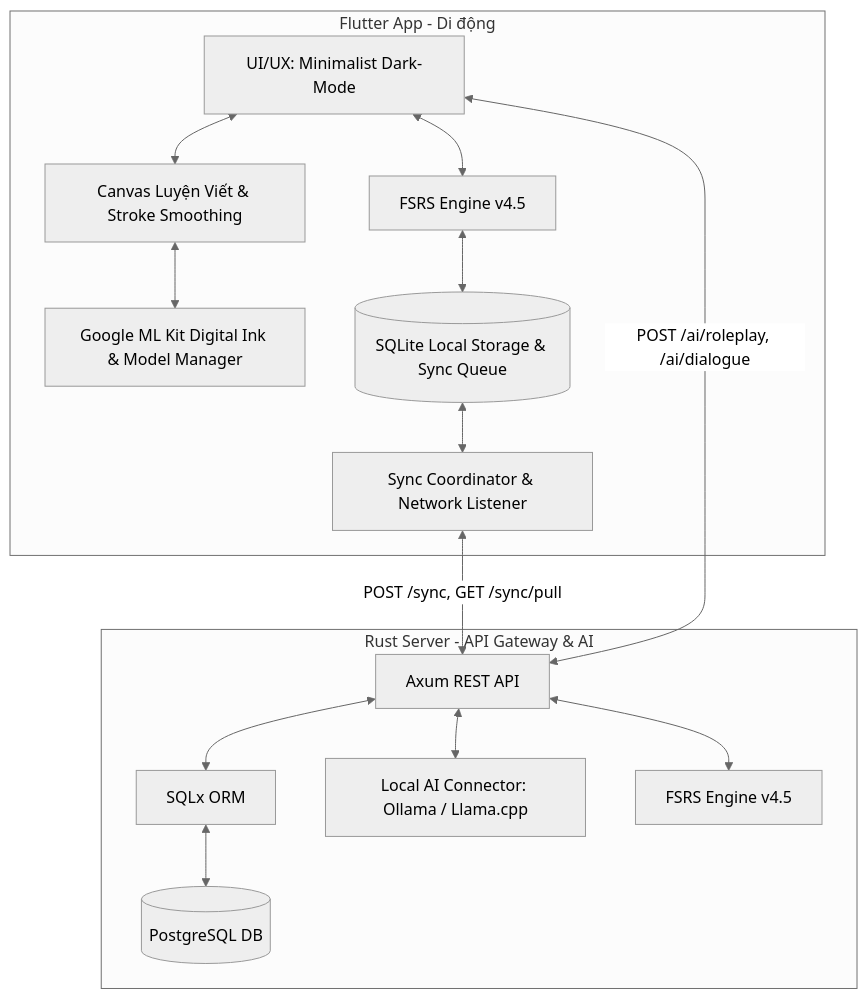
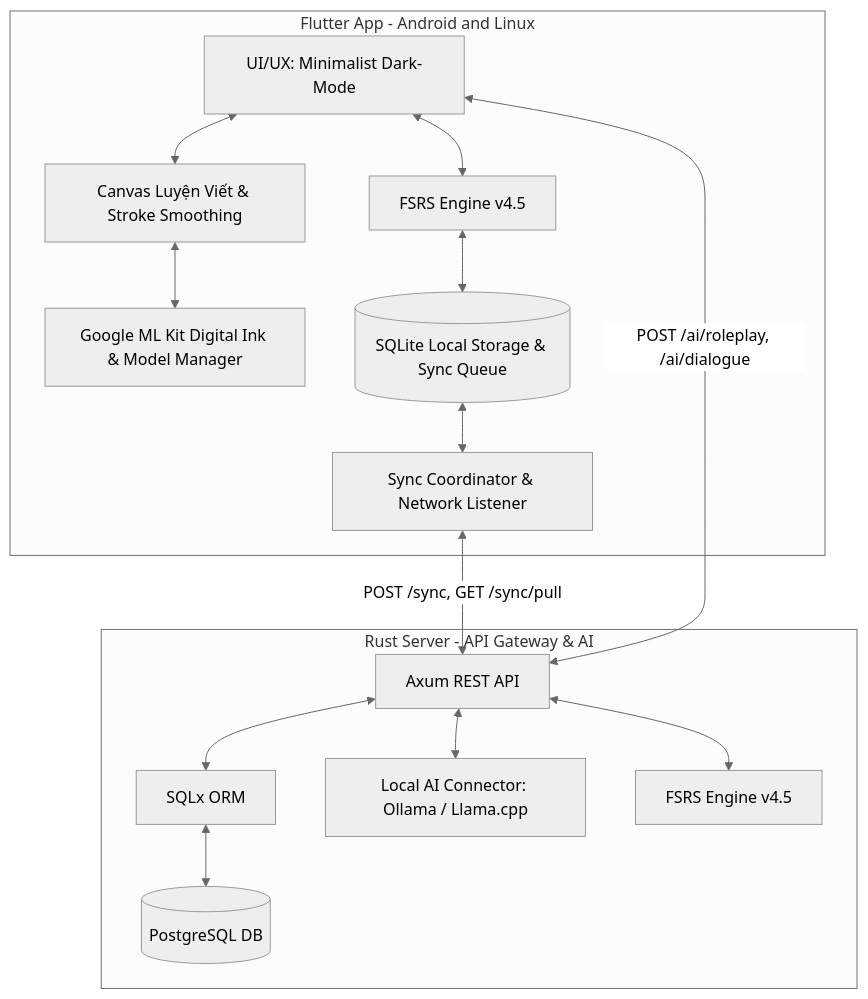
Before and after one commit to duyphan0503/lingua_canvas: the diagram in PROJECT.md, drawn with Mermaid (neutral theme). The commit also changed other lines of this file and 82 other files, not shown here.

````diff
--- a/PROJECT.md
+++ b/PROJECT.md
@@ -6,33 +8,33 @@
 ```mermaid
 flowchart TD
-    subgraph Client [Flutter App - Di động]
+    subgraph Client [Flutter App - Android and Linux]
         UI[UI/UX: Minimalist Dark-Mode]
         Canvas[Canvas Luyện Viết & Stroke Smoothing]
         MLKit[Google ML Kit Digital Ink & Model Manager]
         FSRSClient[FSRS Engine v4.5]
         LocalDB[(SQLite Local Storage & Sync Queue)]
         SyncClient[Sync Coordinator & Network Listener]
 
         UI <--> Canvas
         Canvas <--> MLKit
         UI <--> FSRSClient
         FSRSClient <--> LocalDB
         LocalDB <--> SyncClient
     end
 
     subgraph Backend [Rust Server - API Gateway & AI]
         Axum[Axum REST API]
         SQLx[SQLx ORM]
         PostgreSQL[(PostgreSQL DB)]
         LocalAI[Local AI Connector: Ollama / Llama.cpp]
         FSRSServer[FSRS Engine v4.5]
 
         Axum <--> SQLx
         SQLx <--> PostgreSQL
         Axum <--> LocalAI
         Axum <--> FSRSServer
     end
 
     SyncClient <-->|POST /sync, GET /sync/pull| Axum
     UI <-->|POST /ai/roleplay, /ai/dialogue| Axum
 ```
````
